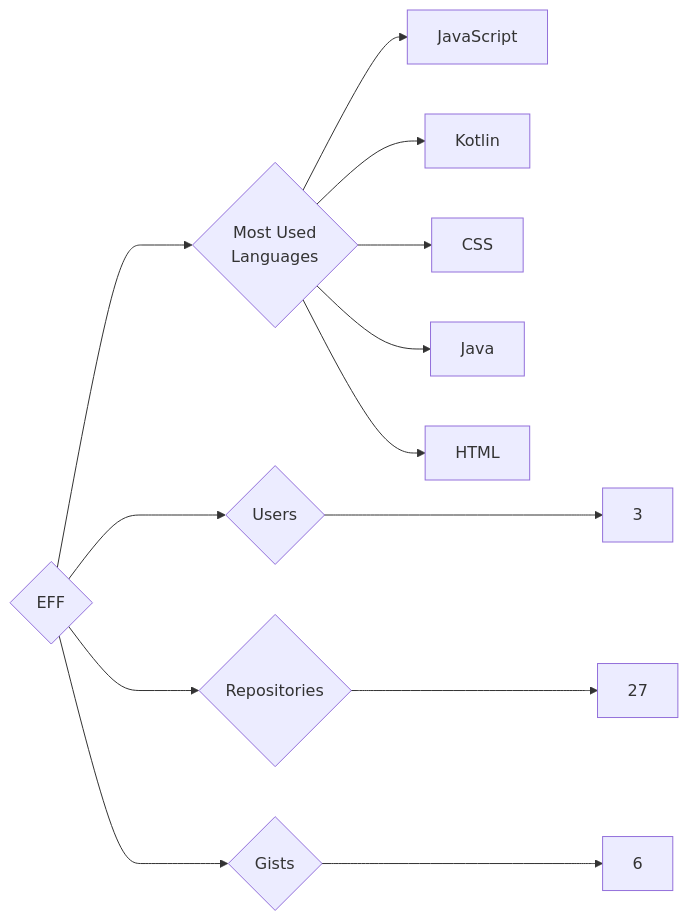
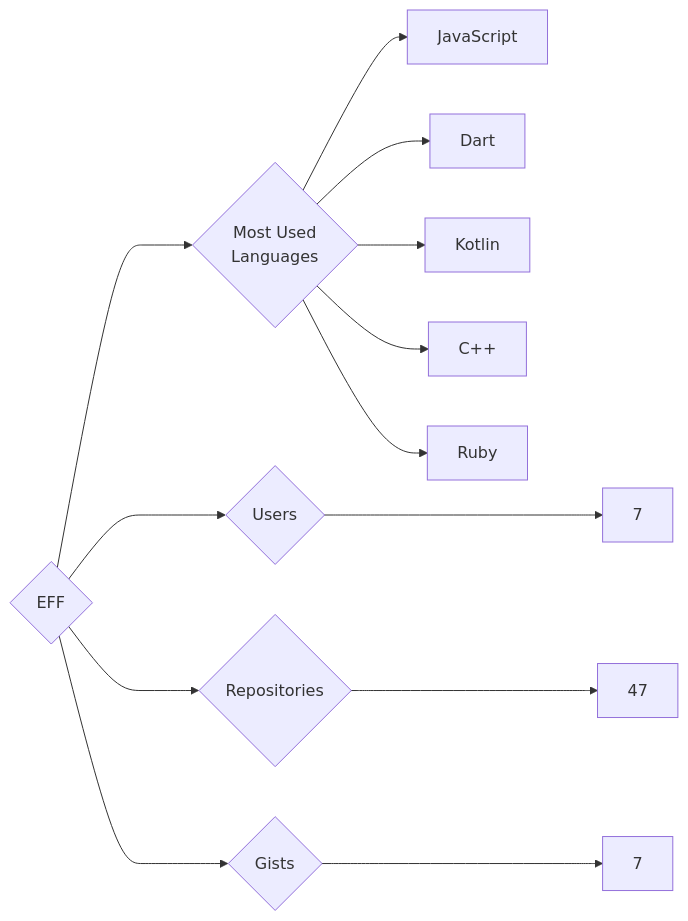
The diagram in targets/EFF/README.md (trickest/insiders), drawn with Mermaid before and after one commit. The commit also changed 1120 other files, not shown here.

````diff
--- a/targets/EFF/README.md
+++ b/targets/EFF/README.md
@@ -3,13 +3,13 @@
 ```mermaid
 graph LR
 COMPANY_NAME{EFF}
-COMPANY_NAME ---> U{Users} ---> UN[3]
-COMPANY_NAME ---> R{Repositories} ---> RN[27]
-COMPANY_NAME ---> G{Gists} ---> GN[6]
+COMPANY_NAME ---> U{Users} ---> UN[7]
+COMPANY_NAME ---> R{Repositories} ---> RN[47]
+COMPANY_NAME ---> G{Gists} ---> GN[7]
 COMPANY_NAME ---> ML{Most Used<br>Languages}
 ML --> JavaScript[JavaScript]
+ML --> Dart[Dart]
 ML --> Kotlin[Kotlin]
-ML --> CSS[CSS]
-ML --> Java[Java]
-ML --> HTML[HTML]
+ML --> C++[C++]
+ML --> Ruby[Ruby]
 ```
````
